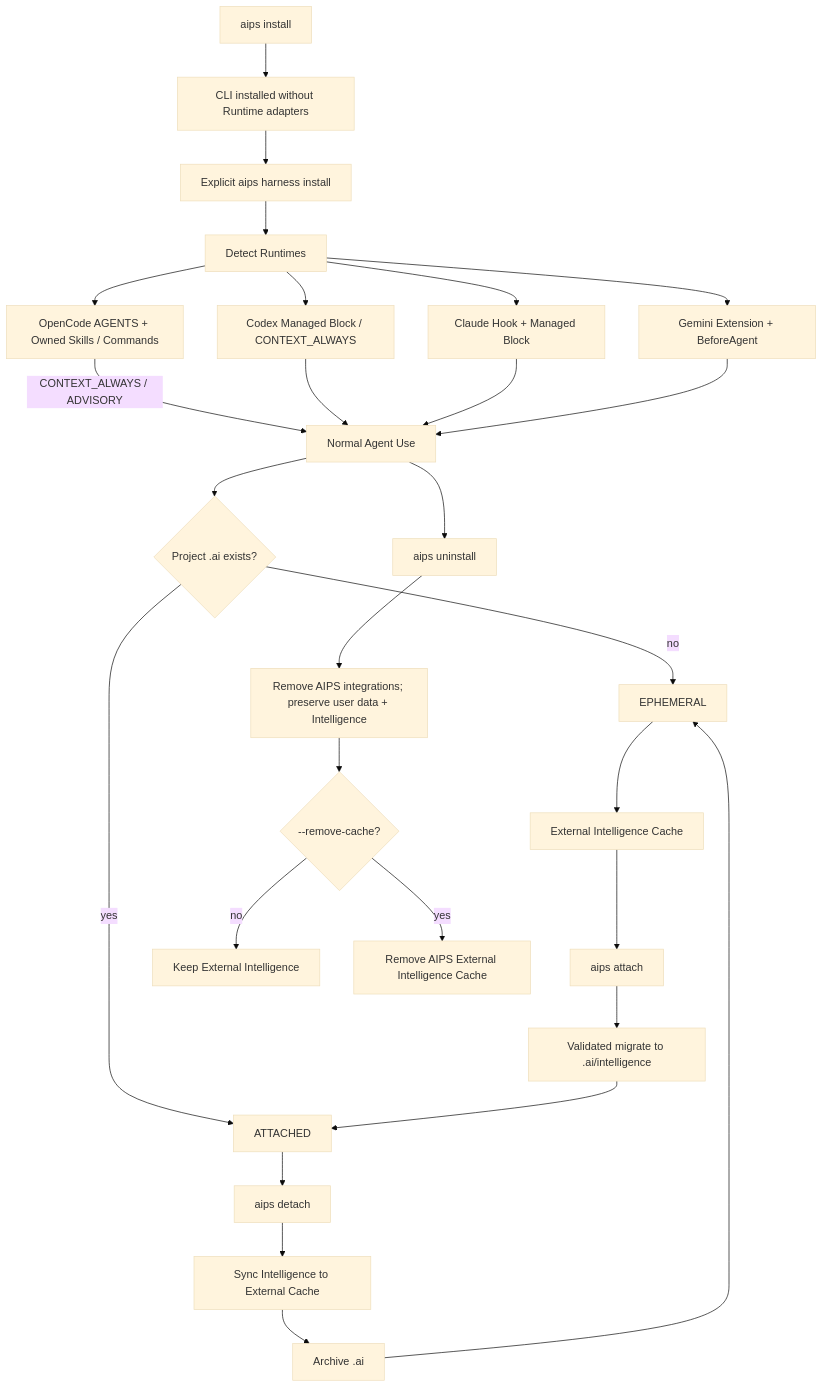
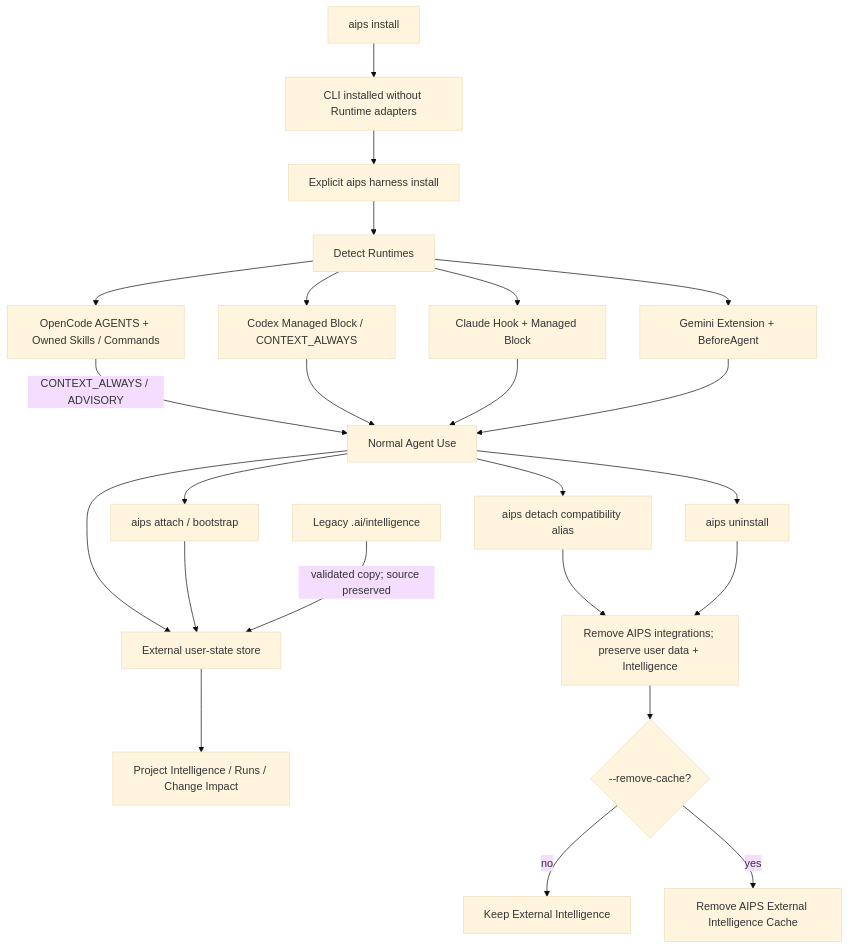
Before and after one commit to LucasLu3918/ai-product-system: diagram 36 of 51 in docs/ARCHITECTURE.md, drawn with Mermaid (base theme). The commit also changed other lines of this file and 239 other files, not shown here.

```diff
--- a/docs/ARCHITECTURE.md
+++ b/docs/ARCHITECTURE.md
@@ -917,30 +931,26 @@
 ~~~mermaid
 flowchart TD
     INSTALL[aips install] --> CLI[CLI installed without Runtime adapters]
     CLI --> ENABLE[Explicit aips harness install]
     ENABLE --> DET[Detect Runtimes]
     DET --> C[Codex Managed Block / CONTEXT_ALWAYS]
     DET --> CL[Claude Hook + Managed Block]
     DET --> G[Gemini Extension + BeforeAgent]
     DET --> OC[OpenCode AGENTS + Owned Skills / Commands]
     OC -->|CONTEXT_ALWAYS / ADVISORY| USE
     C --> USE[Normal Agent Use]
     CL --> USE
     G --> USE
-    USE --> PM{Project .ai exists?}
-    PM -->|no| E[EPHEMERAL]
-    PM -->|yes| A[ATTACHED]
-    E --> EC[External Intelligence Cache]
-    EC --> AT[aips attach]
-    AT --> MIG[Validated migrate to .ai/intelligence]
-    MIG --> A
-    A --> DT[aips detach]
-    DT --> SYNC[Sync Intelligence to External Cache]
-    SYNC --> ARC[Archive .ai]
-    ARC --> E
+    USE --> EX[External user-state store]
+    EX --> PI[Project Intelligence / Runs / Change Impact]
+    USE --> AT[aips attach / bootstrap]
+    AT --> EX
+    LEG[Legacy .ai/intelligence] -->|validated copy; source preserved| EX
+    USE --> DT[aips detach compatibility alias]
+    DT --> KEEP[No project or Git metadata changes]
     USE --> UN[aips uninstall]
     UN --> KEEP[Remove AIPS integrations; preserve user data + Intelligence]
     KEEP --> RC{--remove-cache?}
     RC -->|no| PRES[Keep External Intelligence]
     RC -->|yes| DEL[Remove AIPS External Intelligence Cache]
 ~~~
```
